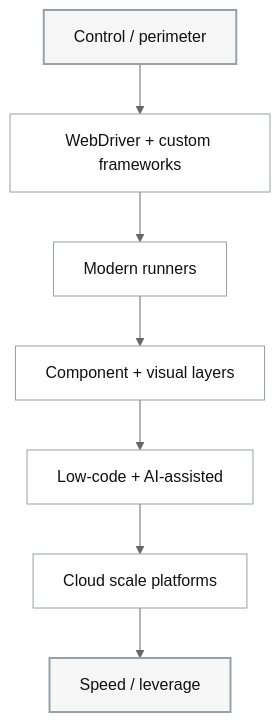
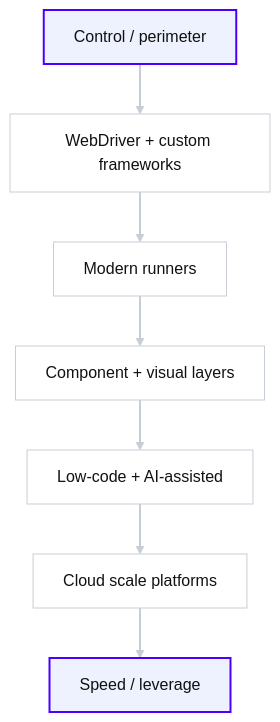
One commit to TheineAddict/Null-Expected changed the diagram in src/data/posts/author1/2026/02/test-automation-evolution.md. Above: the diagram before and after it, drawn with Mermaid (neutral theme).

Commit message:
mermaid works but let's make it nicer now

````diff
--- a/src/data/posts/author1/2026/02/test-automation-evolution.md
+++ b/src/data/posts/author1/2026/02/test-automation-evolution.md
@@ -131,15 +131,17 @@
 ```mermaid
 flowchart TB
-  A["Control / perimeter"] --> B["WebDriver + custom frameworks"]
+  A["Control / perimeter"] --> B["WebDriver + custom frameworks        "]
   B --> C["Modern runners"]
   C --> D["Component + visual layers"]
   D --> E["Low-code + AI-assisted"]
   E --> F["Cloud scale platforms"]
   F --> G["Speed / leverage"]
 
-  classDef endpoint fill:#f6f6f6,stroke:#9aa0a6,stroke-width:2px,color:#111;
-  classDef stage fill:#ffffff,stroke:#9aa0a6,stroke-width:1px,color:#111;
+  classDef endpoint fill:#EEF2FF,stroke:#4B00FF,stroke-width:2px,color:#111;
+  classDef stage fill:#FFFFFF,stroke:#C7CDD6,stroke-width:1px,color:#111;
 
   class A,G endpoint;
   class B,C,D,E,F stage;
+
+  linkStyle default stroke:#C7CDD6,stroke-width:2px;
 ```
````
